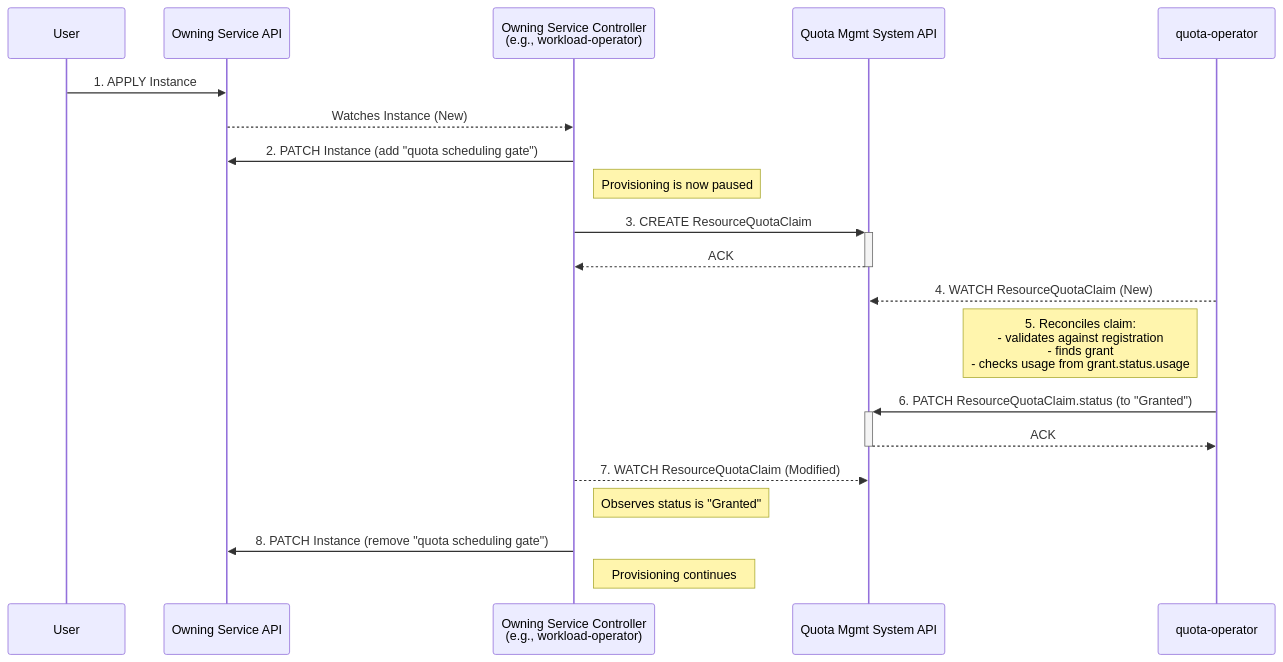
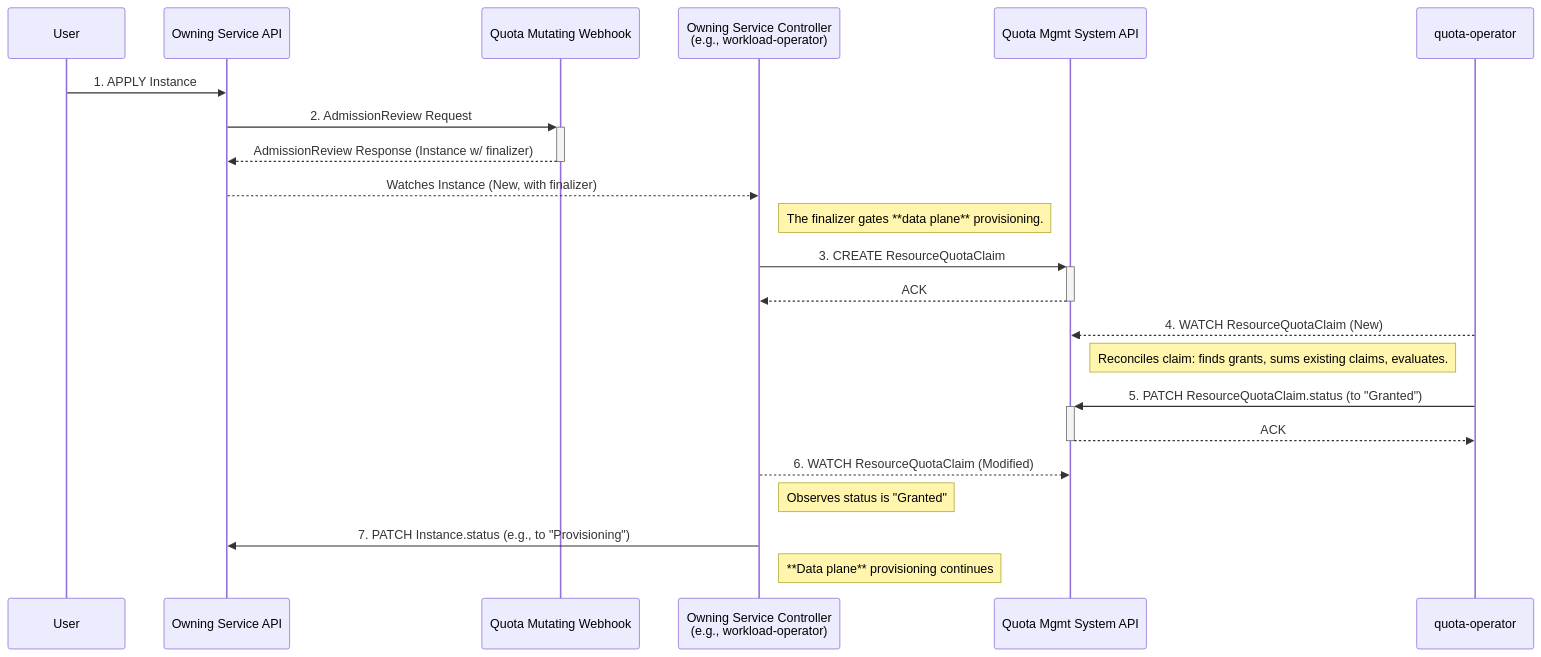
The fifth of 6 diagrams in enhancements/platform/quota-management/README.md (datum-cloud/enhancements), drawn with Mermaid before and after one commit. The commit also changed other lines of this file, not shown here.

Commit message:
enh(quota): addresses various key feedback

````diff
--- a/enhancements/platform/quota-management/README.md
+++ b/enhancements/platform/quota-management/README.md
@@ -1388,28 +1409,31 @@
 ```mermaid
 %% Sequence Diagram - Core Flow: Resource Provisioning and Quota Claim
 sequenceDiagram
     participant User
     participant OwningServiceAPI as Owning Service API
-    participant OwningServiceController as Owning Service Controller <br> (e.g., workload-operator)
+    participant QuotaWebhook as Quota Mutating Webhook
+    participant OwningServiceController as Owning Service Controller <br/> (e.g., workload-operator)
     participant QuotaAPI as Quota Mgmt System API
     participant QuotaOperator as quota-operator
 
     User->>OwningServiceAPI: 1. APPLY Instance
-    OwningServiceAPI-->>OwningServiceController: Watches Instance (New)
-    OwningServiceController->>OwningServiceAPI: 2. PATCH Instance (add "quota scheduling gate")
-    note right of OwningServiceController: Provisioning is now paused
+    OwningServiceAPI->>+QuotaWebhook: 2. AdmissionReview Request
+    QuotaWebhook-->>-OwningServiceAPI: AdmissionReview Response (Instance w/ finalizer)
+
+    OwningServiceAPI-->>OwningServiceController: Watches Instance (New, with finalizer)
+    note right of OwningServiceController: The finalizer gates **data plane** provisioning.
 
     OwningServiceController->>+QuotaAPI: 3. CREATE ResourceQuotaClaim
     QuotaAPI-->>-OwningServiceController: ACK
 
     QuotaOperator-->>QuotaAPI: 4. WATCH ResourceQuotaClaim (New)
-    note left of QuotaOperator: 5. Reconciles claim: <br/>- validates against registration <br/>- finds grant <br/>- checks usage from grant.status.usage
-    QuotaOperator->>+QuotaAPI: 6. PATCH ResourceQuotaClaim.status (to "Granted")
+    note left of QuotaOperator: Reconciles claim: finds grants, sums existing claims, evaluates.
+    QuotaOperator->>+QuotaAPI: 5. PATCH ResourceQuotaClaim.status (to "Granted")
     QuotaAPI-->>-QuotaOperator: ACK
 
-    OwningServiceController-->>QuotaAPI: 7. WATCH ResourceQuotaClaim (Modified)
+    OwningServiceController-->>QuotaAPI: 6. WATCH ResourceQuotaClaim (Modified)
     note right of OwningServiceController: Observes status is "Granted"
 
-    OwningServiceController->>OwningServiceAPI: 8. PATCH Instance (remove "quota scheduling gate")
-    note right of OwningServiceController: Provisioning continues
+    OwningServiceController->>OwningServiceAPI: 7. PATCH Instance.status (e.g., to "Provisioning")
+    note right of OwningServiceController: **Data plane** provisioning continues
 ```
````
